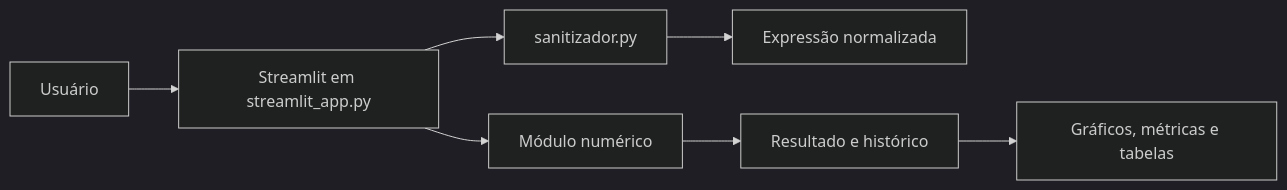
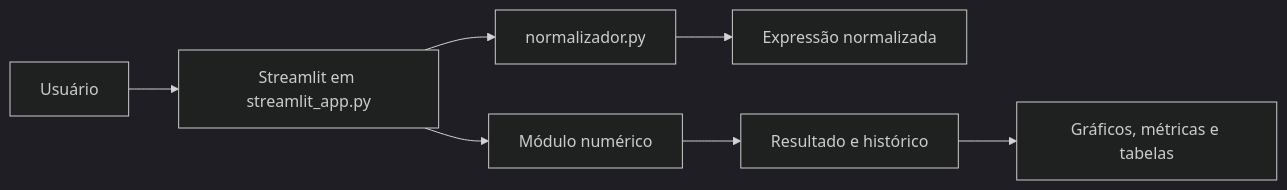
One commit to Dionatan2019Rodrigues/metodos-numericos changed the diagram in README.md. Above: the diagram before and after it, drawn with Mermaid (dark theme). The commit also changed other lines of this file and 8 other files, not shown here.

````diff
--- a/README.md
+++ b/README.md
@@ -15,9 +15,9 @@
 ```mermaid
 flowchart LR
     U[Usuário] --> UI[Streamlit em streamlit_app.py]
-    UI --> S[sanitizador.py]
+    UI --> S[normalizador.py]
     S --> E[Expressão normalizada]
     UI --> M[Módulo numérico]
     M --> R[Resultado e histórico]
     R --> V[Gráficos, métricas e tabelas]
 ```
````
